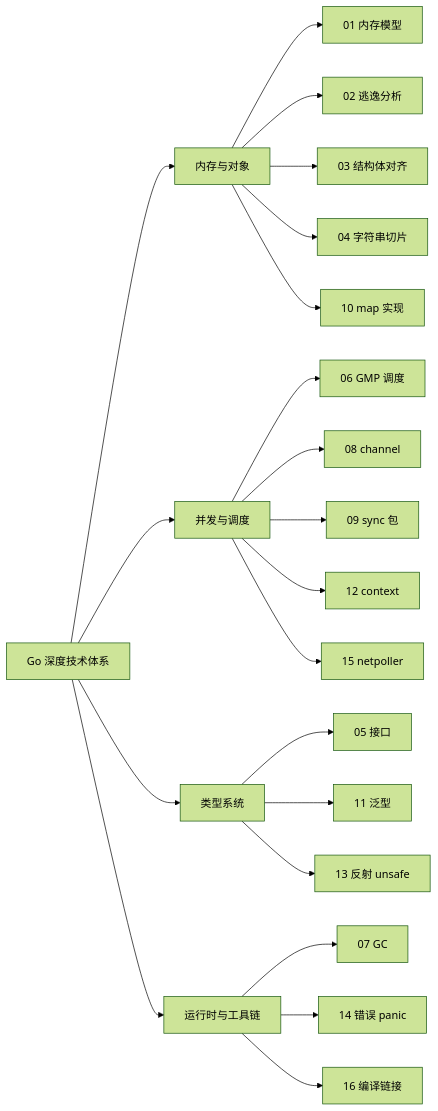
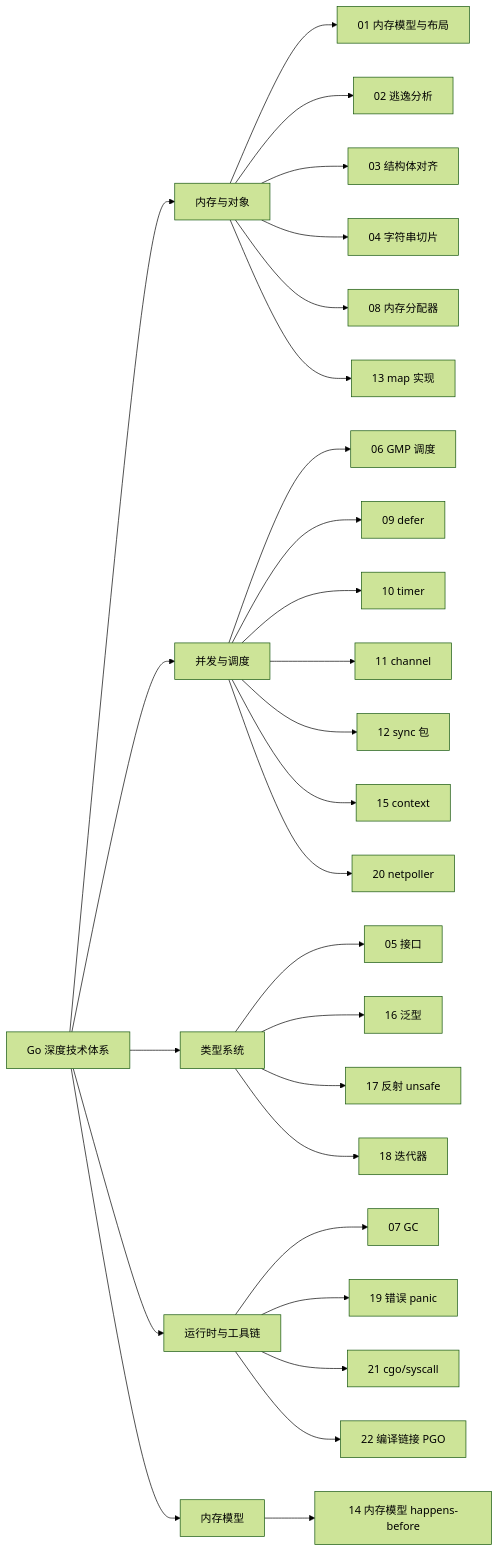
The diagram in 05.Go入门到精通/03.专栏博客/README.md (chongyang211/YCBookBlog), drawn with Mermaid (forest theme) before and after one commit. The commit also changed other lines of this file and 2 other files, not shown here.

````diff
--- a/05.Go入门到精通/03.专栏博客/README.md
+++ b/05.Go入门到精通/03.专栏博客/README.md
@@ -77,27 +96,35 @@
 ```mermaid
 graph LR
     A[Go 深度技术体系] --> B[内存与对象]
     A --> C[并发与调度]
     A --> D[类型系统]
     A --> E[运行时与工具链]
+    A --> F[内存模型]
 
-    B --> B1[01 内存模型]
+    B --> B1[01 内存模型与布局]
     B --> B2[02 逃逸分析]
     B --> B3[03 结构体对齐]
     B --> B4[04 字符串切片]
-    B --> B5[10 map 实现]
+    B --> B5[08 内存分配器]
+    B --> B6[13 map 实现]
 
     C --> C1[06 GMP 调度]
-    C --> C2[08 channel]
-    C --> C3[09 sync 包]
-    C --> C4[12 context]
-    C --> C5[15 netpoller]
+    C --> C2[09 defer]
+    C --> C3[10 timer]
+    C --> C4[11 channel]
+    C --> C5[12 sync 包]
+    C --> C6[15 context]
+    C --> C7[20 netpoller]
 
     D --> D1[05 接口]
-    D --> D2[11 泛型]
-    D --> D3[13 反射 unsafe]
+    D --> D2[16 泛型]
+    D --> D3[17 反射 unsafe]
+    D --> D4[18 迭代器]
 
     E --> E1[07 GC]
-    E --> E2[14 错误 panic]
-    E --> E3[16 编译链接]
+    E --> E2[19 错误 panic]
+    E --> E3[21 cgo/syscall]
+    E --> E4[22 编译链接 PGO]
+
+    F --> F1[14 内存模型 happens-before]
 ```
````
